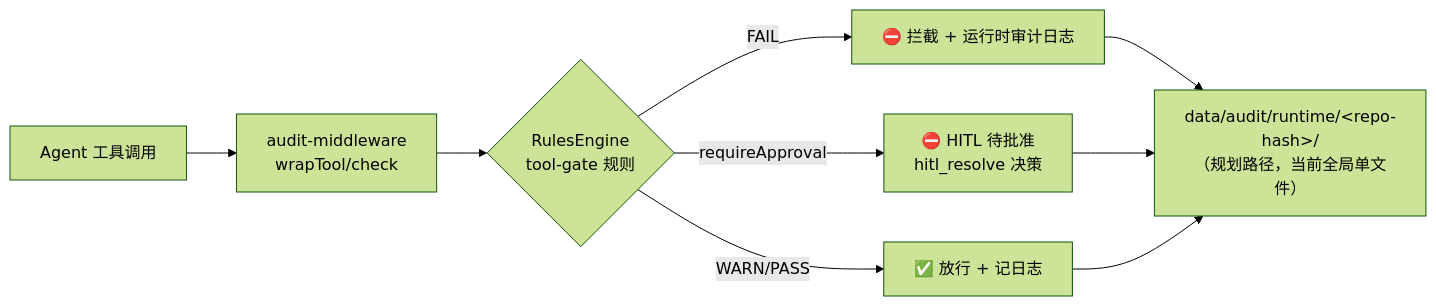
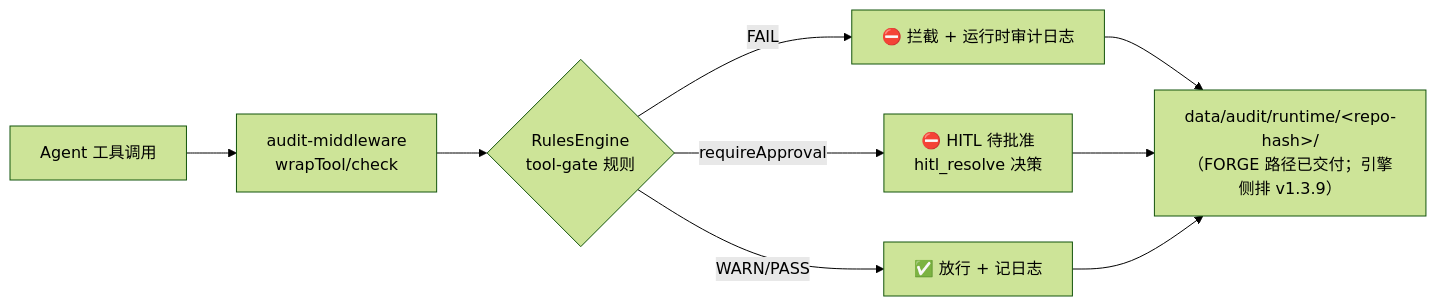
The seventh of 10 diagrams in docs/ARCHITECTURE.md (KongFangXun/sofagent), drawn with Mermaid (forest theme) before and after one commit. The commit also changed other lines of this file and 9 other files, not shown here.

````diff
--- a/docs/ARCHITECTURE.md
+++ b/docs/ARCHITECTURE.md
@@ -405,11 +431,11 @@
 ```mermaid
 graph LR
     A[Agent 工具调用] --> B[audit-middleware<br/>wrapTool/check]
     B --> C{RulesEngine<br/>tool-gate 规则}
     C -->|FAIL| D[⛔ 拦截 + 运行时审计日志]
     C -->|requireApproval| E[⛔ HITL 待批准<br/>hitl_resolve 决策]
     C -->|WARN/PASS| F[✅ 放行 + 记日志]
-    D --> G[data/audit/runtime/&lt;repo-hash&gt;/<br/>（规划路径，当前全局单文件）]
+    D --> G[data/audit/runtime/&lt;repo-hash&gt;/<br/>（FORGE 路径已交付；引擎侧排 v1.3.9）]
     E --> G
     F --> G
 ```
````
